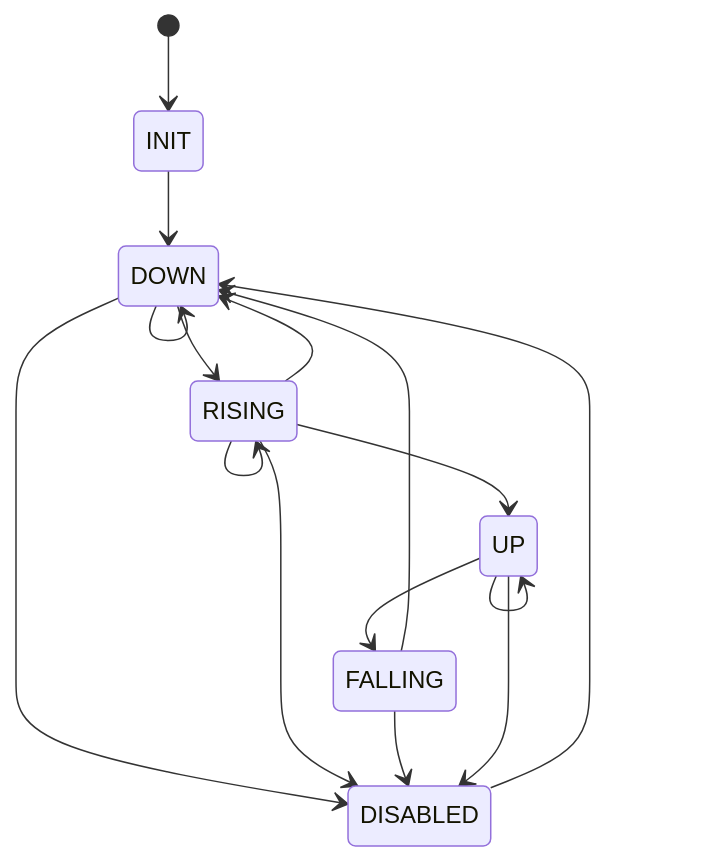
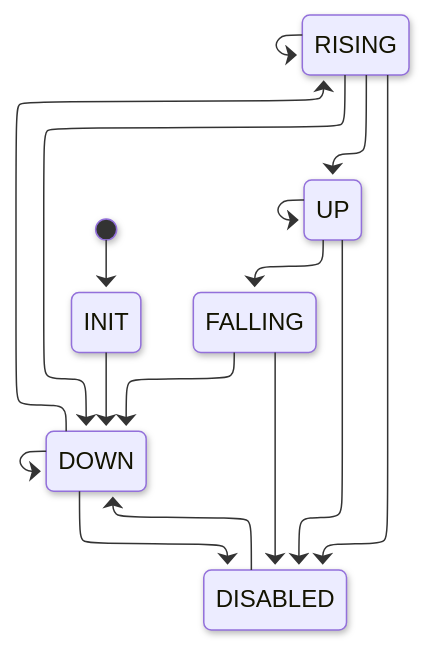
Before and after one commit to karldyson/exabgp-watchdog: the diagram in exabgp-watchdog-state-diagram.mmd, drawn with Mermaid.

Commit message:
after using mermaid designer...

````diff
--- a/exabgp-watchdog-state-diagram.mmd
+++ b/exabgp-watchdog-state-diagram.mmd
@@ -1,18 +1,25 @@
 ```mermaid
+---
+config:
+  look: neo
+  layout: elk
+  theme: default
+---
 stateDiagram
+  direction TB
   [*] --> INIT
   INIT --> DOWN
   DOWN --> RISING
   RISING --> DOWN
   RISING --> UP
   UP --> FALLING
   FALLING --> DOWN
   DOWN --> DOWN
   RISING --> RISING
   UP --> UP
   DOWN --> DISABLED
   RISING --> DISABLED
   FALLING --> DISABLED
   UP --> DISABLED
   DISABLED --> DOWN
 ```
````
